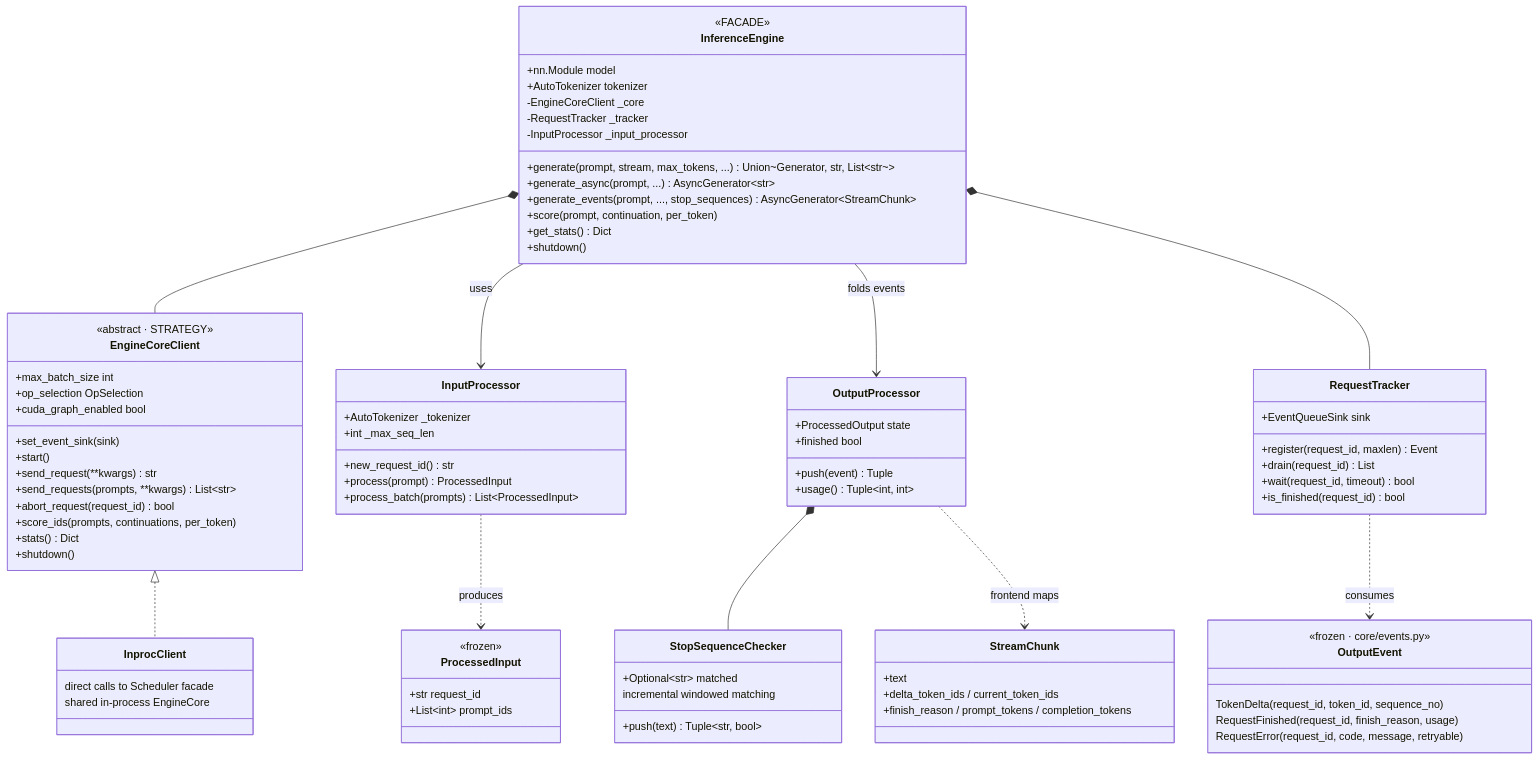
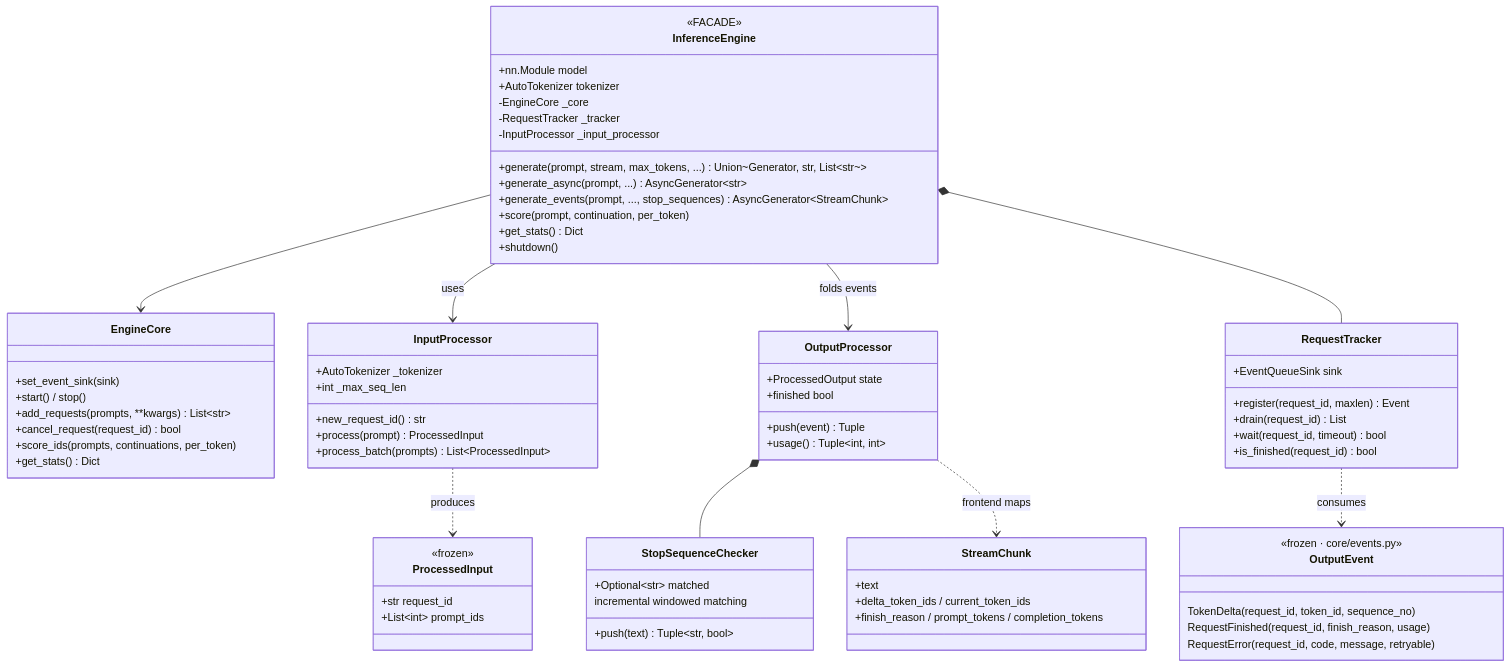
Before and after one commit to ViperEkura/AstrAI: the diagram in docs/developer/inference/frontend.md, drawn with Mermaid. The commit also changed other lines of this file and 23 other files, not shown here.

```diff
--- a/docs/developer/inference/frontend.md
+++ b/docs/developer/inference/frontend.md
@@ -17,7 +17,7 @@
         <<FACADE>>
         +nn.Module model
         +AutoTokenizer tokenizer
-        -EngineCoreClient _core
+        -EngineCore _core
         -RequestTracker _tracker
         -InputProcessor _input_processor
         +generate(prompt, stream, max_tokens, ...) Union~Generator, str, List~str~~
@@ -27,23 +27,13 @@
         +get_stats() Dict
         +shutdown()
     }
-    class EngineCoreClient {
-        <<abstract · STRATEGY>>
+    class EngineCore {
         +set_event_sink(sink)
-        +start()
-        +send_request(**kwargs) str
-        +send_requests(prompts, **kwargs) List~str~
-        +abort_request(request_id) bool
+        +start() / stop()
+        +add_requests(prompts, **kwargs) List~str~
+        +cancel_request(request_id) bool
         +score_ids(prompts, continuations, per_token)
-        +stats() Dict
-        +max_batch_size int
-        +op_selection OpSelection
-        +cuda_graph_enabled bool
-        +shutdown()
-    }
-    class InprocClient {
-        direct calls to Scheduler facade
-        shared in-process EngineCore
+        +get_stats() Dict
     }
     class InputProcessor {
         +AutoTokenizer _tokenizer
@@ -87,8 +77,7 @@
         +finish_reason / prompt_tokens / completion_tokens
     }
 
-    InferenceEngine *-- EngineCoreClient
-    EngineCoreClient <|.. InprocClient
+    InferenceEngine --> EngineCore
     InferenceEngine --> InputProcessor : uses
     InferenceEngine --> OutputProcessor : folds events
     InferenceEngine *-- RequestTracker
```
